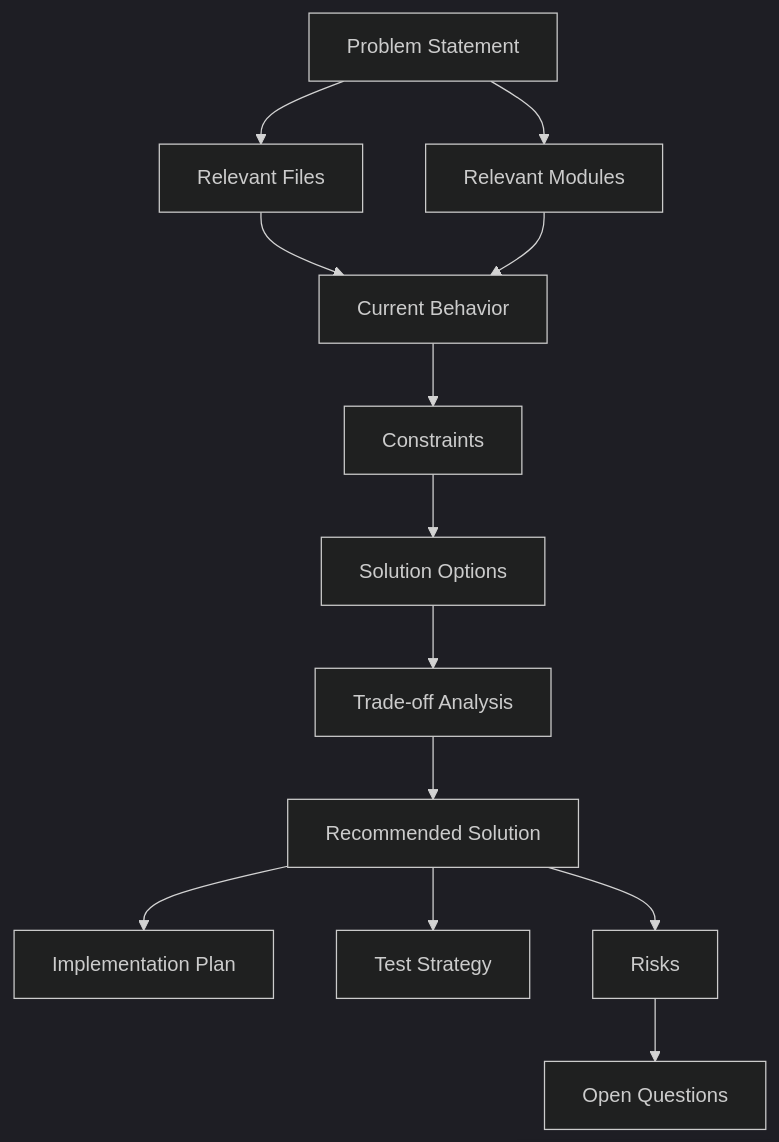
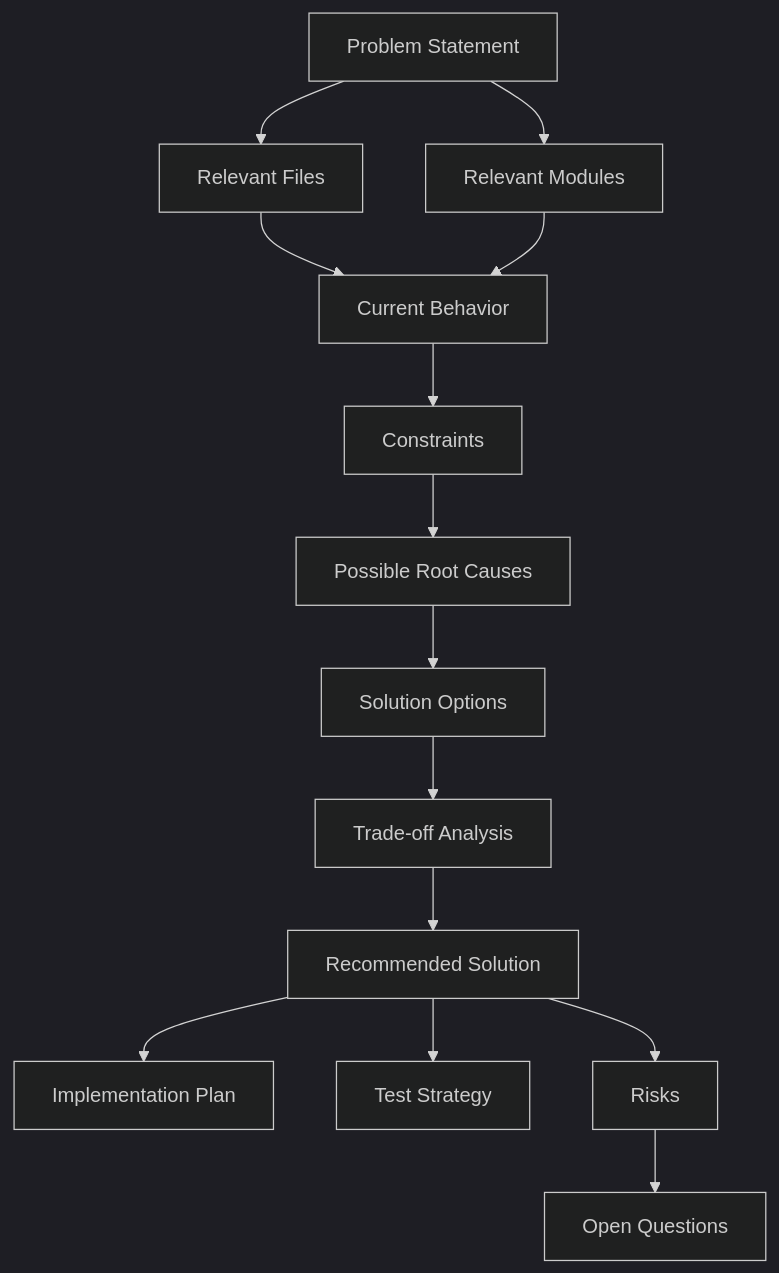
Before and after one commit to samibel/scrum_workflow: the diagram in src/cli/templates/scrum_workflow/templates/concept.md, drawn with Mermaid (dark theme). The commit also changed other lines of this file and 6 other files, not shown here.

Commit message:
fix(core): align concept workflow graph and option rendering

````diff
--- a/src/cli/templates/scrum_workflow/templates/concept.md
+++ b/src/cli/templates/scrum_workflow/templates/concept.md
@@ -26,15 +26,16 @@
 ```mermaid
 flowchart TD
     A[Problem Statement] --> B[Relevant Files]
     A --> C[Relevant Modules]
     B --> D[Current Behavior]
     C --> D
     D --> E[Constraints]
-    E --> F[Solution Options]
-    F --> G[Trade-off Analysis]
-    G --> H[Recommended Solution]
-    H --> I[Implementation Plan]
-    H --> J[Test Strategy]
-    H --> K[Risks]
-    K --> L[Open Questions]
+    E --> F[Possible Root Causes]
+    F --> G[Solution Options]
+    G --> H[Trade-off Analysis]
+    H --> I[Recommended Solution]
+    I --> J[Implementation Plan]
+    I --> K[Test Strategy]
+    I --> L[Risks]
+    L --> M[Open Questions]
 ```
````
